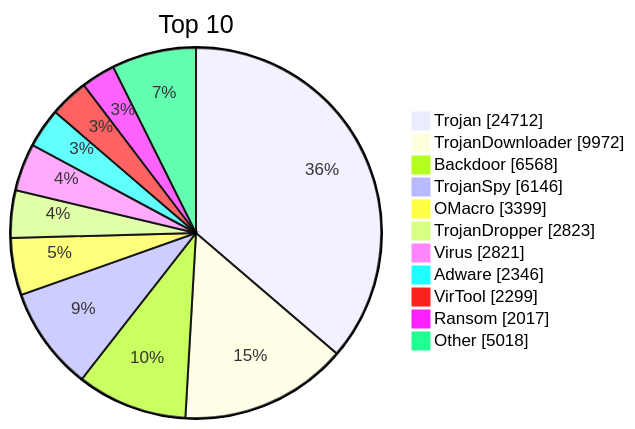
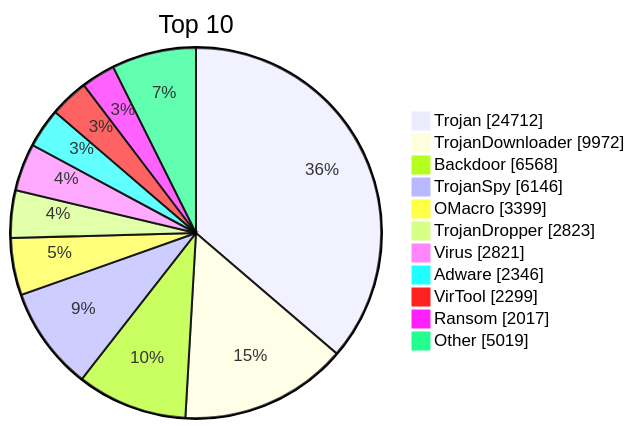
Before and after one commit to JerryLinLinLin/huorong-virdb-changelog: the diagram in README.md, drawn with Mermaid. The commit also changed other lines of this file and 13 other files, not shown here.

````diff
--- a/README.md
+++ b/README.md
@@ -19,15 +19,15 @@
 ```mermaid
 pie showData
     title Top 10
     "Trojan" : 24712
     "TrojanDownloader" : 9972
     "Backdoor" : 6568
     "TrojanSpy" : 6146
     "OMacro" : 3399
     "TrojanDropper" : 2823
     "Virus" : 2821
     "Adware" : 2346
     "VirTool" : 2299
     "Ransom" : 2017
-    "Other" : 5018
+    "Other" : 5019
 ```
````
